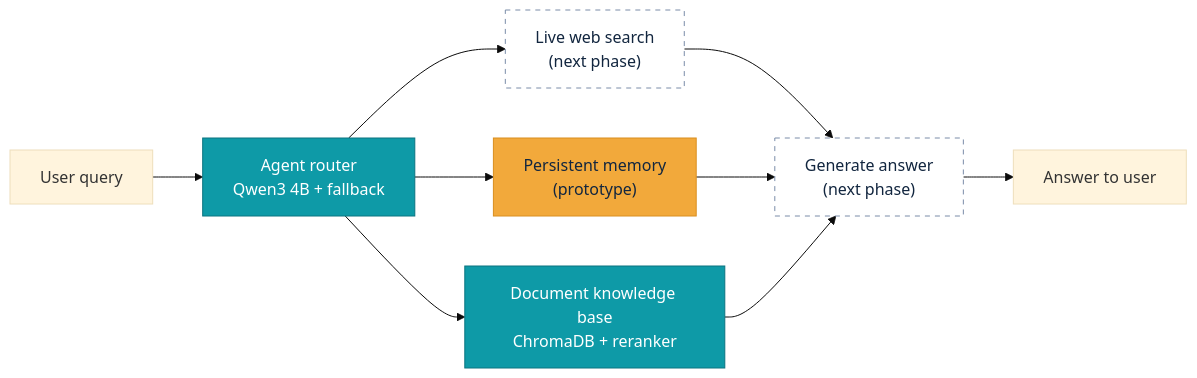
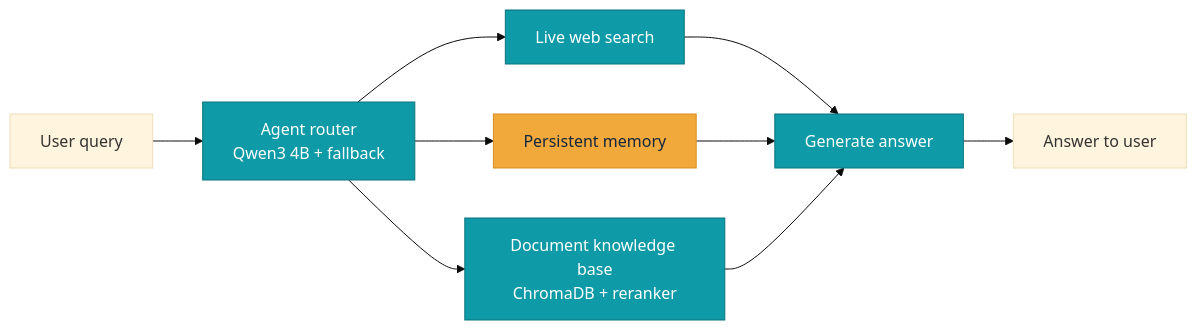
One commit to Rupankar1309/An-Agentic-RAG-Framework-for-Live-Information-Retrieval-and-Persistent-Memory changed the diagram in README.md. Above: the diagram before and after it, drawn with Mermaid (base theme). The commit also changed other lines of this file, not shown here.

Commit message:
Revise flowchart phases in README
Updated flowchart in README to reflect changes in phases.

````diff
--- a/README.md
+++ b/README.md
@@ -25,17 +25,17 @@
 ```mermaid
 flowchart LR
     Q["User query"] --> R["Agent router<br/>Qwen3 4B + fallback"]
-    R --> W["Live web search<br/>(next phase)"]
-    R --> M["Persistent memory<br/>(prototype)"]
+    R --> W["Live web search"]
+    R --> M["Persistent memory"]
     R --> D["Document knowledge base<br/>ChromaDB + reranker"]
-    W --> G["Generate answer<br/>(next phase)"]
+    W --> G["Generate answer"]
     M --> G
     D --> G
     G --> A["Answer to user"]
     classDef done fill:#0E9AA7,stroke:#0B7480,color:#ffffff;
     classDef proto fill:#F2A93B,stroke:#D98E1F,color:#12263F;
     classDef plan fill:#ffffff,stroke:#7A8CA8,stroke-dasharray: 5 5,color:#12263F;
     class R,D done;
     class M proto;
-    class W,G plan;
+    class W,G done;
 ```
````
